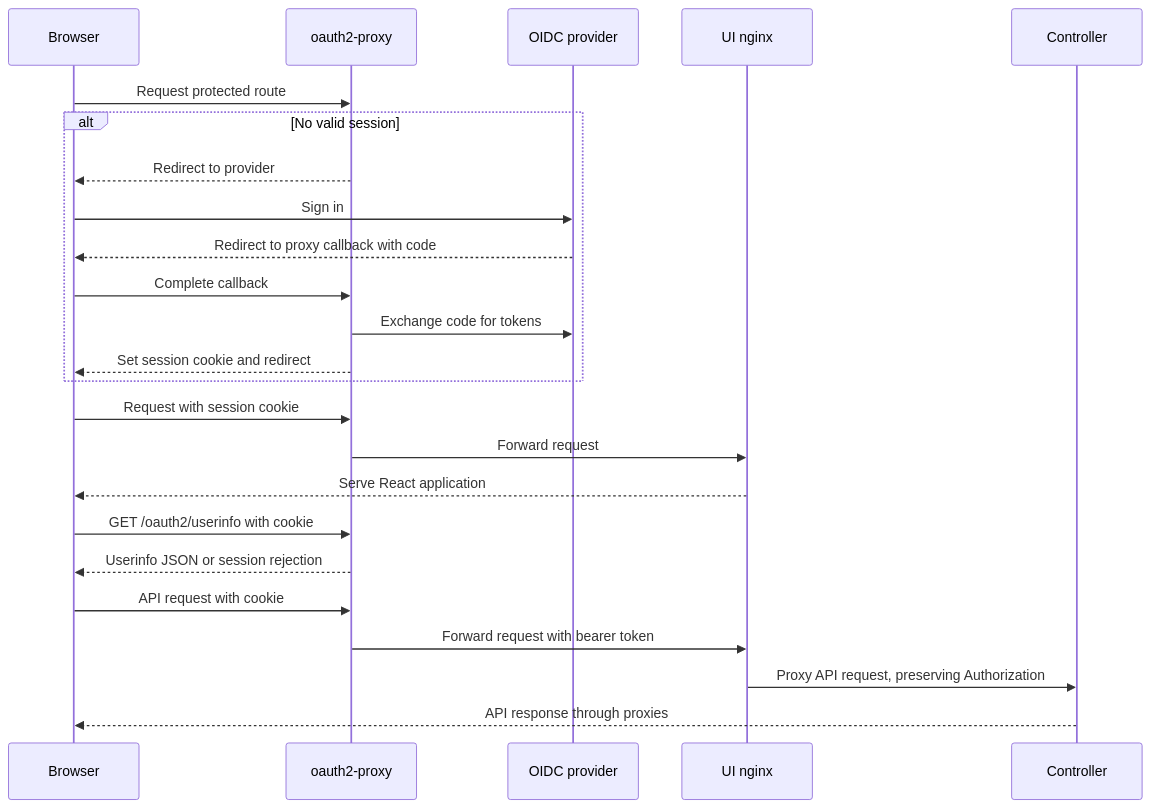
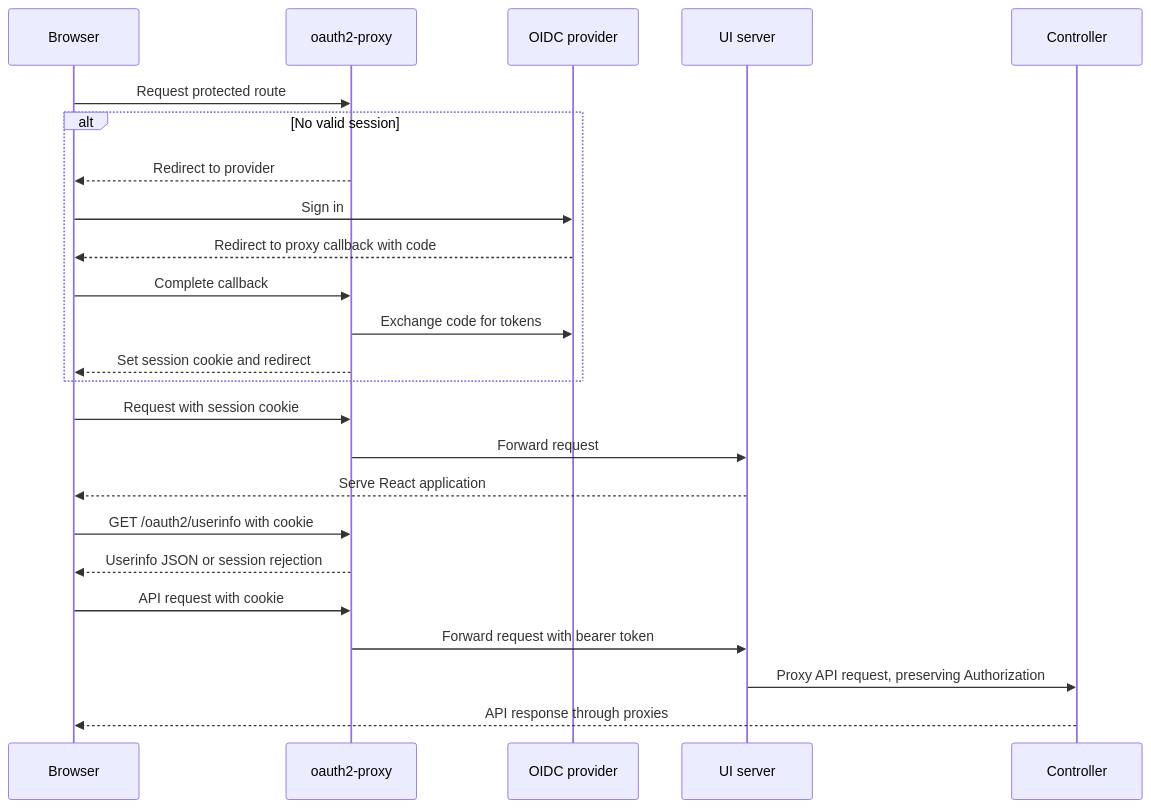
The diagram in docs/architecture/oidc-proxy-authentication.md (kagent-dev/kagent), drawn with Mermaid before and after one commit. The commit also changed other lines of this file and 9 other files, not shown here.

Commit message:
docs(ui): name the UI server where docs named nginx

````diff
--- a/docs/architecture/oidc-proxy-authentication.md
+++ b/docs/architecture/oidc-proxy-authentication.md
@@ -24,27 +24,27 @@
 ```mermaid
 sequenceDiagram
     participant Browser
     participant Proxy as oauth2-proxy
     participant Provider as OIDC provider
-    participant UI as UI nginx
+    participant UI as UI server
     participant API as Controller
 
     Browser->>Proxy: Request protected route
     alt No valid session
         Proxy-->>Browser: Redirect to provider
         Browser->>Provider: Sign in
         Provider-->>Browser: Redirect to proxy callback with code
         Browser->>Proxy: Complete callback
         Proxy->>Provider: Exchange code for tokens
         Proxy-->>Browser: Set session cookie and redirect
     end
     Browser->>Proxy: Request with session cookie
     Proxy->>UI: Forward request
     UI-->>Browser: Serve React application
     Browser->>Proxy: GET /oauth2/userinfo with cookie
     Proxy-->>Browser: Userinfo JSON or session rejection
     Browser->>Proxy: API request with cookie
     Proxy->>UI: Forward request with bearer token
     UI->>API: Proxy API request, preserving Authorization
     API-->>Browser: API response through proxies
 ```
````
